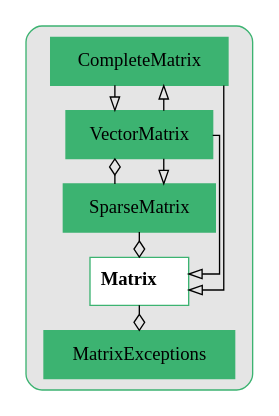
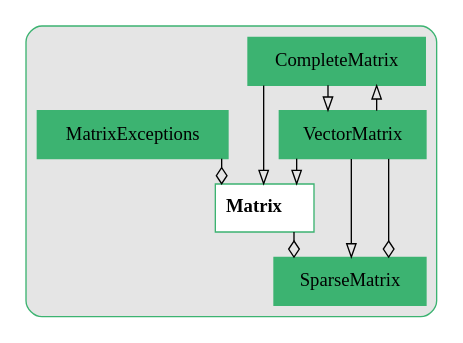
Before and after one commit to UWB-Biocomputing/BrainGrid: the diagram in Tools/DiagramGenerator/ExampleOutputs/dot_subsystems/Matrix.dot, drawn with Graphviz. The commit also changed 6 other files, not shown here.

```diff
--- a/Tools/DiagramGenerator/ExampleOutputs/dot_subsystems/Matrix.dot
+++ b/Tools/DiagramGenerator/ExampleOutputs/dot_subsystems/Matrix.dot
@@ -1,45 +1,45 @@
 digraph{
 	 graph [splines=ortho]
 
 	subgraph clusterMatrix {
 		style = rounded
 		bgcolor = grey90
 		color = mediumseagreen
 		node [shape = record, color = mediumseagreen];
 
 		CompleteMatrix[label = CompleteMatrix, style = filled];
 		Matrix[label = Matrix, style = filled];
 		MatrixExceptions[label = MatrixExceptions, style = filled];
 		SparseMatrix[label = SparseMatrix, style = filled];
 		VectorMatrix[label = VectorMatrix, style = filled];
 		Matrix[label =< <B> Matrix</B>>, style = bold, fillcolor = white, style = filled];
 
 
 		//------LAYOUT FOR SUBGRAPH------
 
 
 		rankdir = BT; // Rank Direction Bottom to Top
 		nodesep = 1.3; // Node Separation
 		ranksep = 1.3; // Rank Separation
 
 
 		//INHERITANCE//
 
 
 		CompleteMatrix -> Matrix [arrowhead=empty];
 		CompleteMatrix -> VectorMatrix [arrowhead=empty];
 
 		VectorMatrix -> CompleteMatrix [arrowhead=empty];
 		VectorMatrix -> Matrix [arrowhead=empty];
 		VectorMatrix -> SparseMatrix [arrowhead=empty];
 
 
 		//COMPOSITION//
 
 
-		Matrix -> MatrixExceptions [arrowhead=ediamond];
+		MatrixExceptions -> Matrix [arrowhead=ediamond];
 
-		SparseMatrix -> Matrix [arrowhead=ediamond];
-		SparseMatrix -> VectorMatrix [arrowhead=ediamond];
+		Matrix -> SparseMatrix [arrowhead=ediamond];
+		VectorMatrix -> SparseMatrix [arrowhead=ediamond];
 	}//end subgraph Matrix
 }//end digraph
```
